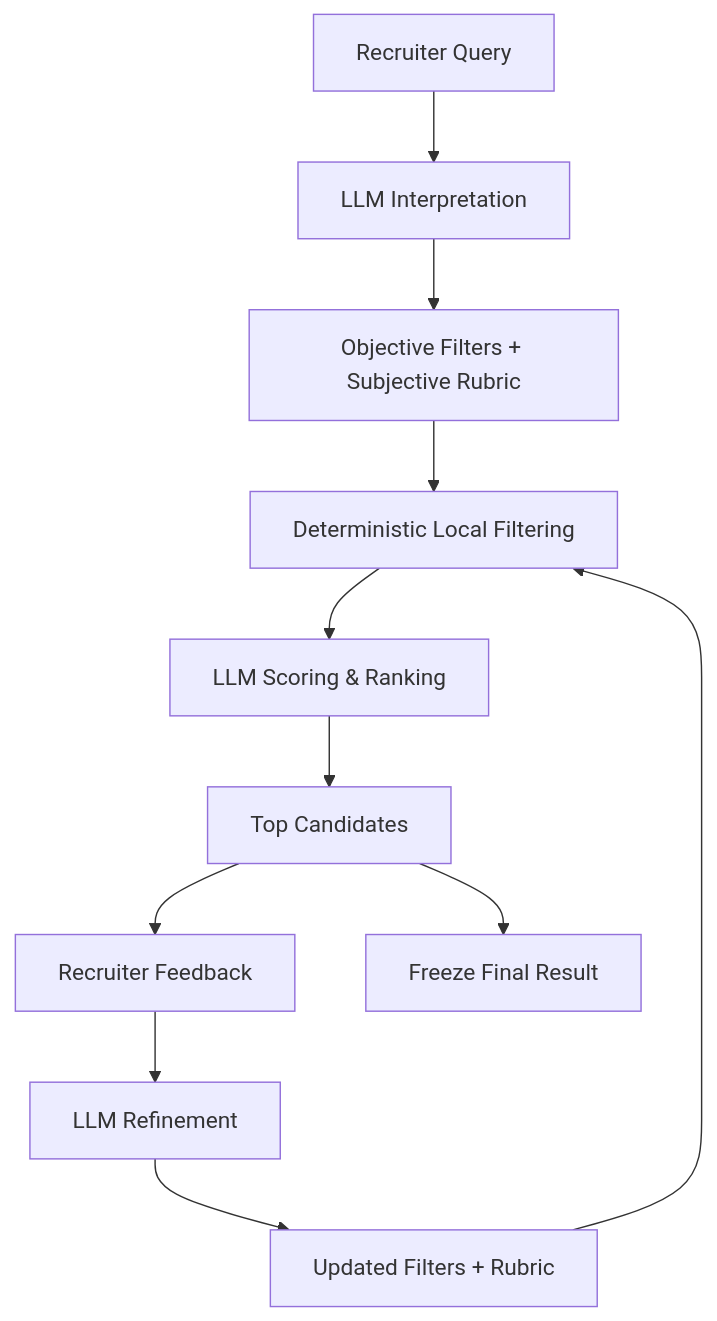
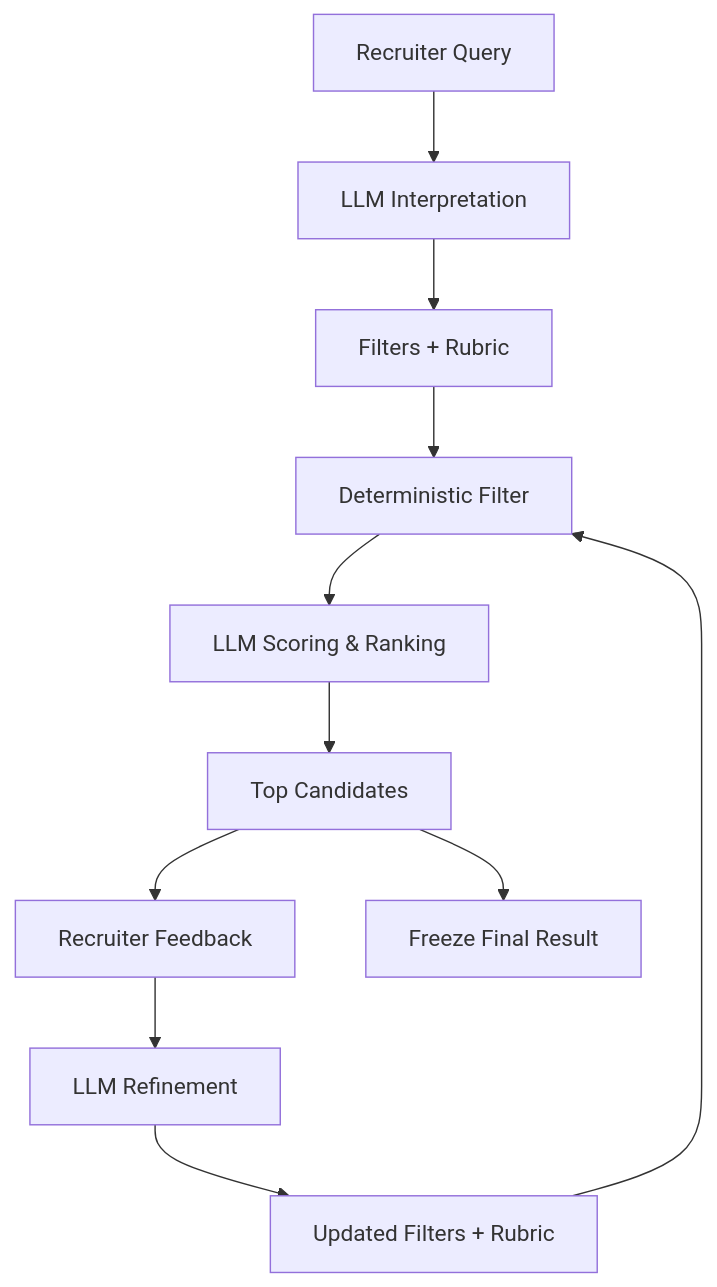
One commit to Abhay-SKulkarni123/flexiple-ai-recruiter changed the first of 3 diagrams in README.md. Above: the diagram before and after it, drawn with Mermaid. The commit also changed other lines of this file, not shown here.

````diff
--- a/README.md
+++ b/README.md
@@ -29,13 +48,13 @@
 ```mermaid
 flowchart TD
     A[Recruiter Query] --> B[LLM Interpretation]
-    B --> C[Objective Filters + Subjective Rubric]
-    C --> D[Deterministic Local Filtering]
+    B --> C[Filters + Rubric]
+    C --> D[Deterministic Filter]
     D --> E[LLM Scoring & Ranking]
     E --> F[Top Candidates]
     F --> G[Recruiter Feedback]
     G --> H[LLM Refinement]
     H --> I[Updated Filters + Rubric]
     I --> D
     F --> J[Freeze Final Result]
 ```
````
